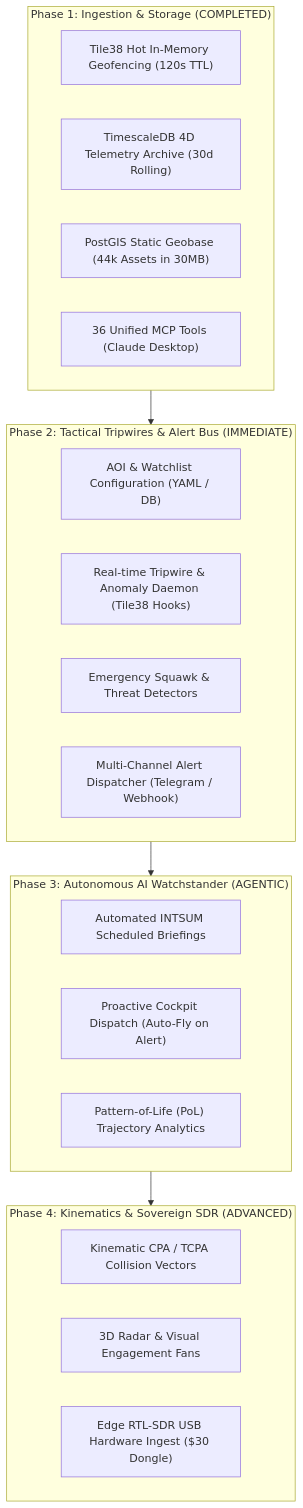
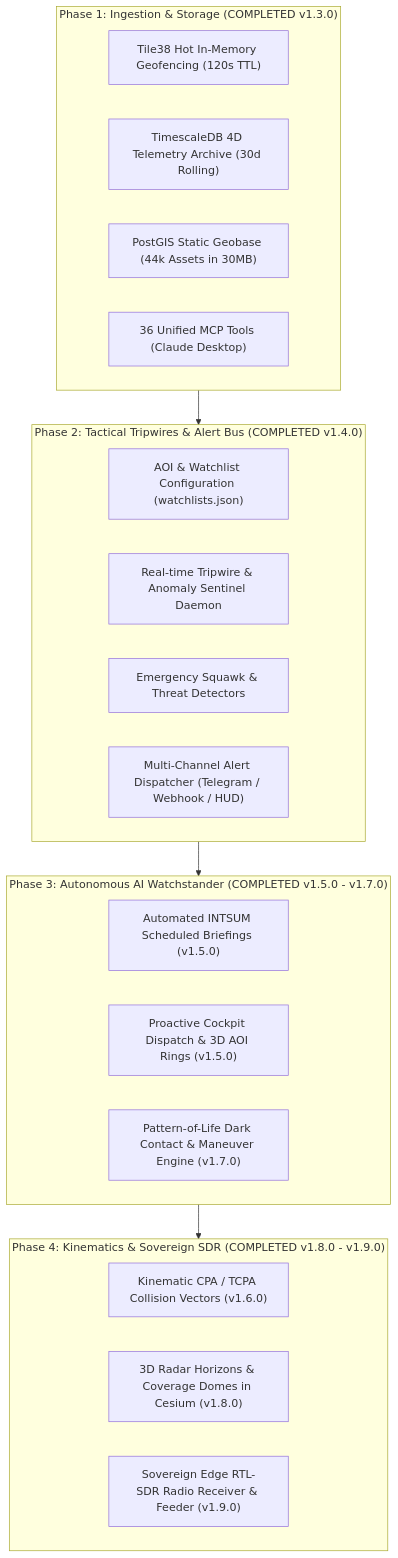
The diagram in sidecar/docs/PLAN_PERSONAL_INTELLIGENCE.md (varunlakshmaiah/gods-eye-view), drawn with Mermaid before and after one commit. The commit also changed other lines of this file, not shown here.

Commit message:
docs(sidecar): record full completion of Personal Intelligence Plan phases 1 through 4

````diff
--- a/sidecar/docs/PLAN_PERSONAL_INTELLIGENCE.md
+++ b/sidecar/docs/PLAN_PERSONAL_INTELLIGENCE.md
@@ -20,32 +20,32 @@
 ```mermaid
 flowchart TD
-    subgraph Phase1 ["Phase 1: Ingestion & Storage (COMPLETED)"]
+    subgraph Phase1 ["Phase 1: Ingestion & Storage (COMPLETED v1.3.0)"]
         P1A["Tile38 Hot In-Memory Geofencing (120s TTL)"]
         P1B["TimescaleDB 4D Telemetry Archive (30d Rolling)"]
         P1C["PostGIS Static Geobase (44k Assets in 30MB)"]
         P1D["36 Unified MCP Tools (Claude Desktop)"]
     end
 
-    subgraph Phase2 ["Phase 2: Tactical Tripwires & Alert Bus (IMMEDIATE)"]
-        P2A["AOI & Watchlist Configuration (YAML / DB)"]
-        P2B["Real-time Tripwire & Anomaly Daemon (Tile38 Hooks)"]
+    subgraph Phase2 ["Phase 2: Tactical Tripwires & Alert Bus (COMPLETED v1.4.0)"]
+        P2A["AOI & Watchlist Configuration (watchlists.json)"]
+        P2B["Real-time Tripwire & Anomaly Sentinel Daemon"]
         P2C["Emergency Squawk & Threat Detectors"]
-        P2D["Multi-Channel Alert Dispatcher (Telegram / Webhook)"]
+        P2D["Multi-Channel Alert Dispatcher (Telegram / Webhook / HUD)"]
     end
 
-    subgraph Phase3 ["Phase 3: Autonomous AI Watchstander (AGENTIC)"]
-        P3A["Automated INTSUM Scheduled Briefings"]
-        P3B["Proactive Cockpit Dispatch (Auto-Fly on Alert)"]
-        P3C["Pattern-of-Life (PoL) Trajectory Analytics"]
+    subgraph Phase3 ["Phase 3: Autonomous AI Watchstander (COMPLETED v1.5.0 - v1.7.0)"]
+        P3A["Automated INTSUM Scheduled Briefings (v1.5.0)"]
+        P3B["Proactive Cockpit Dispatch & 3D AOI Rings (v1.5.0)"]
+        P3C["Pattern-of-Life Dark Contact & Maneuver Engine (v1.7.0)"]
     end
 
-    subgraph Phase4 ["Phase 4: Kinematics & Sovereign SDR (ADVANCED)"]
-        P4A["Kinematic CPA / TCPA Collision Vectors"]
-        P4B["3D Radar & Visual Engagement Fans"]
-        P4C["Edge RTL-SDR USB Hardware Ingest ($30 Dongle)"]
+    subgraph Phase4 ["Phase 4: Kinematics & Sovereign SDR (COMPLETED v1.8.0 - v1.9.0)"]
+        P4A["Kinematic CPA / TCPA Collision Vectors (v1.6.0)"]
+        P4B["3D Radar Horizons & Coverage Domes in Cesium (v1.8.0)"]
+        P4C["Sovereign Edge RTL-SDR Radio Receiver & Feeder (v1.9.0)"]
     end
 
     Phase1 --> Phase2
     Phase2 --> Phase3
     Phase3 --> Phase4
 ```
````
